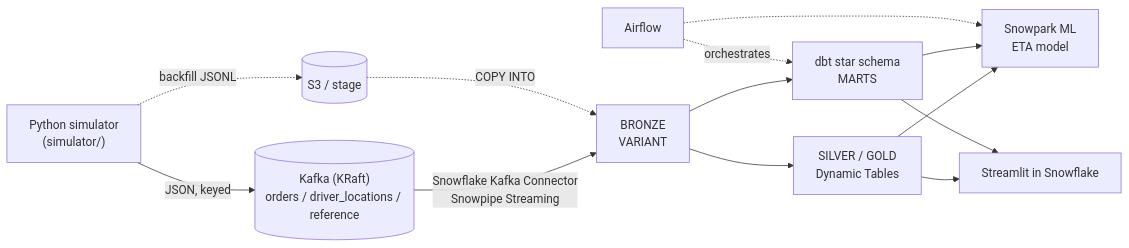
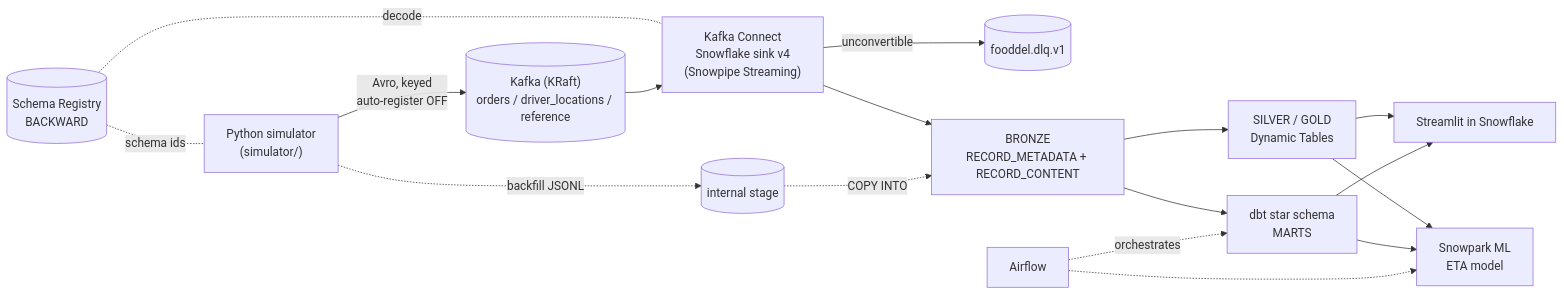
One commit to Abdullaha8/snowflake-realtime-delivery-analytics changed the diagram in docs/architecture.md. Above: the diagram before and after it, drawn with Mermaid. The commit also changed other lines of this file and 40 other files, not shown here.

First line of the commit message:
feat: P2 Kafka topics, Avro schema registry and Snowflake Kafka connector to BRONZE

````diff
--- a/docs/architecture.md
+++ b/docs/architecture.md
@@ -3,15 +3,19 @@
 ```mermaid
 flowchart LR
-    SIM["Python simulator<br/>(simulator/)"] -->|JSON, keyed| K[("Kafka (KRaft)<br/>orders / driver_locations / reference")]
-    SIM -. backfill JSONL .-> S3[(S3 / stage)]
-    K -->|Snowflake Kafka Connector<br/>Snowpipe Streaming| B[BRONZE<br/>VARIANT]
-    S3 -. COPY INTO .-> B
+    SIM["Python simulator<br/>(simulator/)"] -->|Avro, keyed<br/>auto-register OFF| K[("Kafka (KRaft)<br/>orders / driver_locations / reference")]
+    SR[(Schema Registry<br/>BACKWARD)] -.schema ids.- SIM
+    SR -.decode.- KC
+    K --> KC["Kafka Connect<br/>Snowflake sink v4<br/>(Snowpipe Streaming)"]
+    KC -->|unconvertible| DLQ[(fooddel.dlq.v1)]
+    KC --> B[BRONZE<br/>RECORD_METADATA + RECORD_CONTENT]
+    SIM -. backfill JSONL .-> ST1[(internal stage)]
+    ST1 -. COPY INTO .-> B
     B --> DT[SILVER / GOLD<br/>Dynamic Tables]
     B --> DBT[dbt star schema<br/>MARTS]
     DT --> ML[Snowpark ML<br/>ETA model]
     DBT --> ML
-    DT --> ST[Streamlit in Snowflake]
-    DBT --> ST
+    DT --> STL[Streamlit in Snowflake]
+    DBT --> STL
     AF[Airflow] -.orchestrates.-> DBT
     AF -.-> ML
 ```
````
